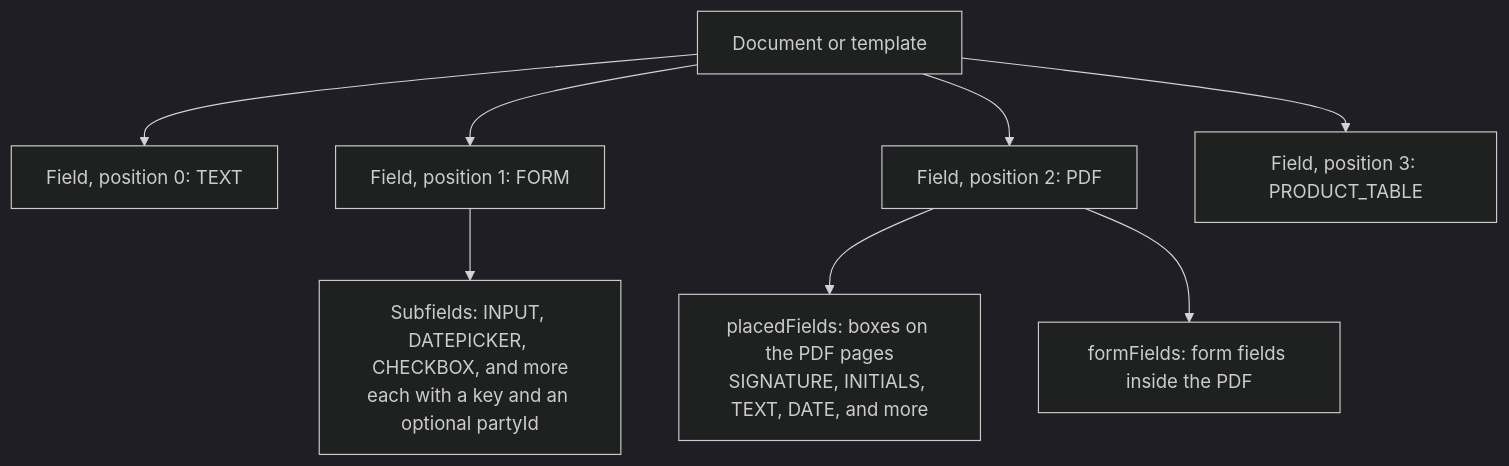
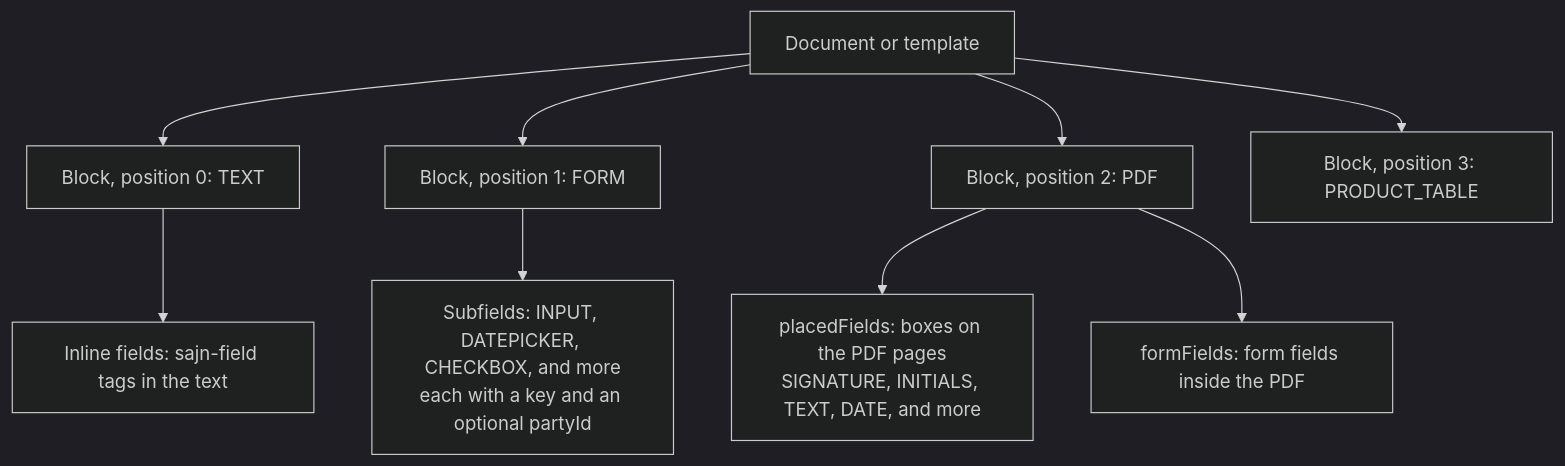
One commit to sajn-se/sajn-docs changed the diagram in concepts/fields.mdx. Above: the diagram before and after it, drawn with Mermaid (dark theme). The commit also changed other lines of this file and 42 other files, not shown here.

````diff
--- a/concepts/fields.mdx
+++ b/concepts/fields.mdx
@@ -10,10 +10,11 @@
 ```mermaid
 flowchart TD
-    doc["Document or template"] --> f0["Field, position 0: TEXT"]
-    doc --> f1["Field, position 1: FORM"]
-    doc --> f2["Field, position 2: PDF"]
-    doc --> f3["Field, position 3: PRODUCT_TABLE"]
+    doc["Document or template"] --> f0["Block, position 0: TEXT"]
+    doc --> f1["Block, position 1: FORM"]
+    doc --> f2["Block, position 2: PDF"]
+    doc --> f3["Block, position 3: PRODUCT_TABLE"]
+    f0 --> inline["Inline fields: sajn-field tags in the text"]
     f1 --> sub["Subfields: INPUT, DATEPICKER, CHECKBOX, and more<br/>each with a key and an optional partyId"]
     f2 --> placed["placedFields: boxes on the PDF pages<br/>SIGNATURE, INITIALS, TEXT, DATE, and more"]
     f2 --> acro["formFields: form fields inside the PDF"]
 ```
````
